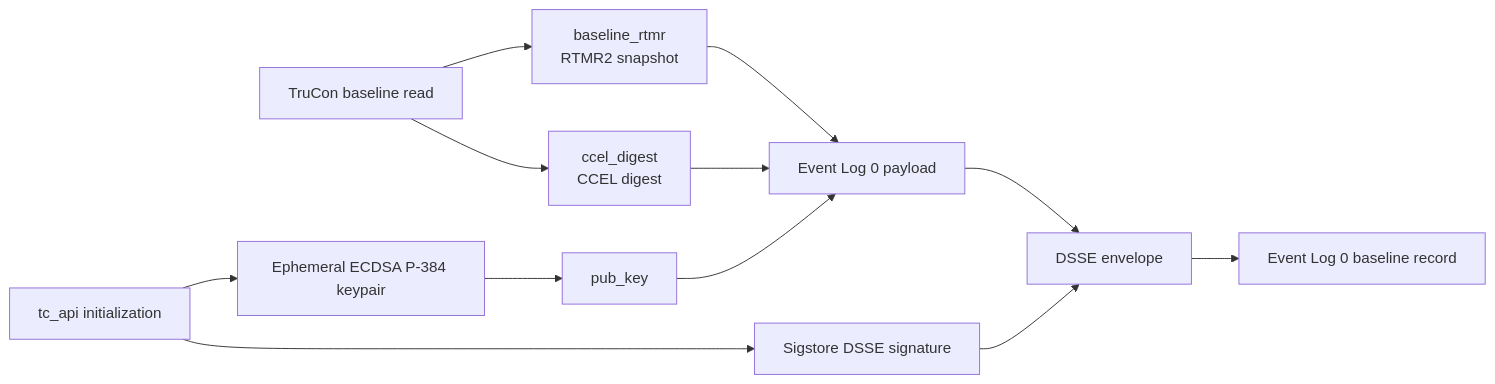
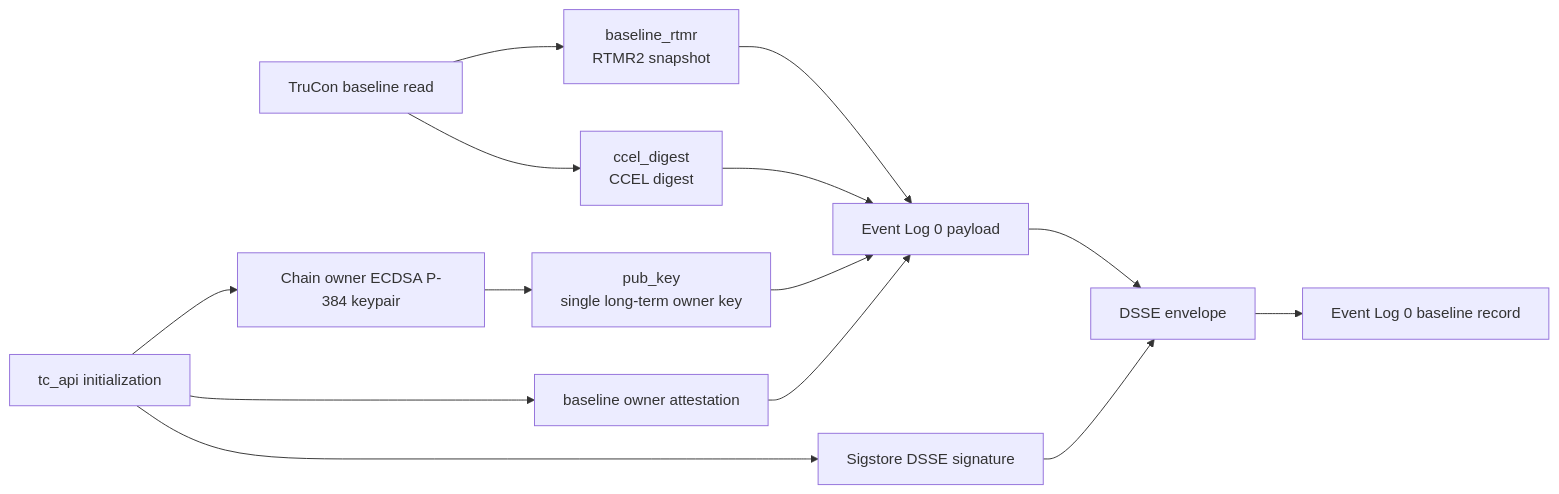
One commit to intel/confidential-computing-zoo changed the sixth of 6 diagrams in docs/architecture.md. Above: the diagram before and after it, drawn with Mermaid. The commit also changed other lines of this file and 23 other files, not shown here.

Commit message:
single-owner-chain-root-key

````diff
--- a/docs/architecture.md
+++ b/docs/architecture.md
@@ -230,14 +255,16 @@
 ```mermaid
 flowchart LR
   A[TruCon baseline read] --> B[baseline_rtmr<br/>RTMR2 snapshot]
   A --> C[ccel_digest<br/>CCEL digest]
-  D[tc_api initialization] --> E[Ephemeral ECDSA P-384 keypair]
-  E --> F[pub_key]
-  D --> G[Sigstore DSSE signature]
+  D[tc_api initialization] --> E[Chain owner ECDSA P-384 keypair]
+  E --> F[pub_key<br/>single long-term owner key]
+  D --> G[baseline owner attestation]
+  D --> K[Sigstore DSSE signature]
   B --> H[Event Log 0 payload]
   C --> H
   F --> H
+  G --> H
   H --> I[DSSE envelope]
-  G --> I
+  K --> I
   I --> J[Event Log 0 baseline record]
 ```
````
